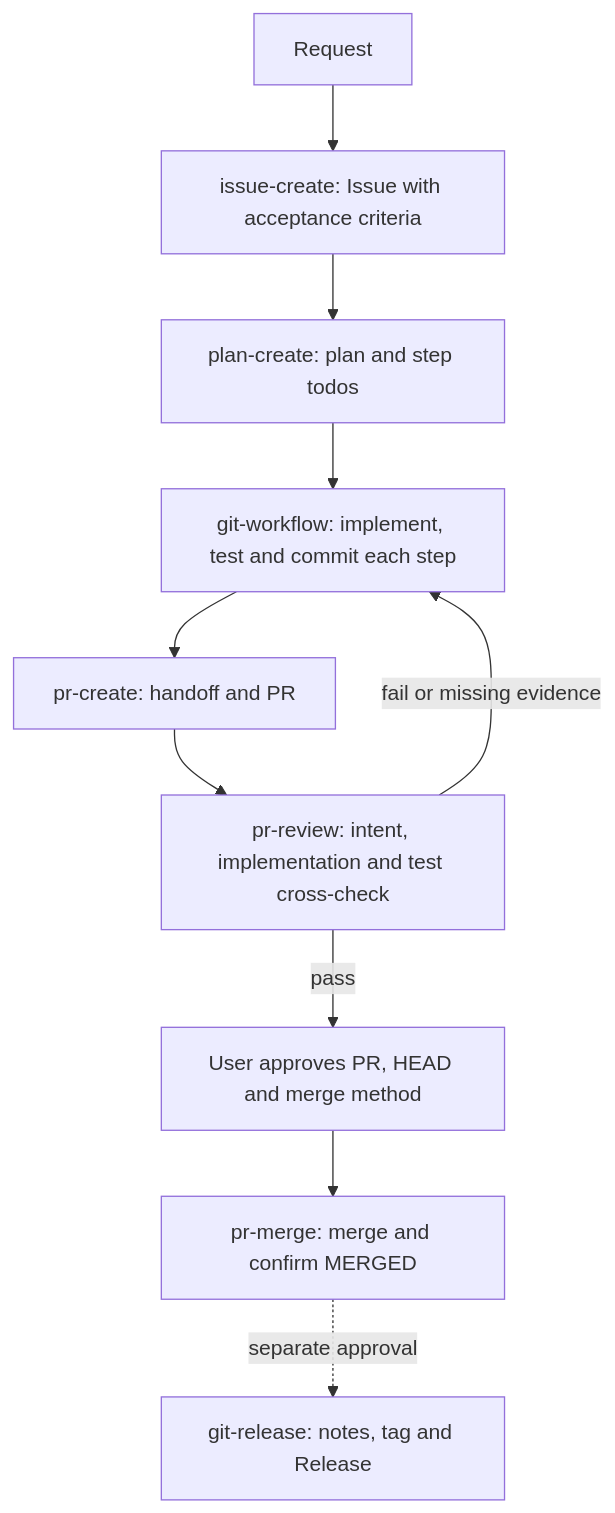
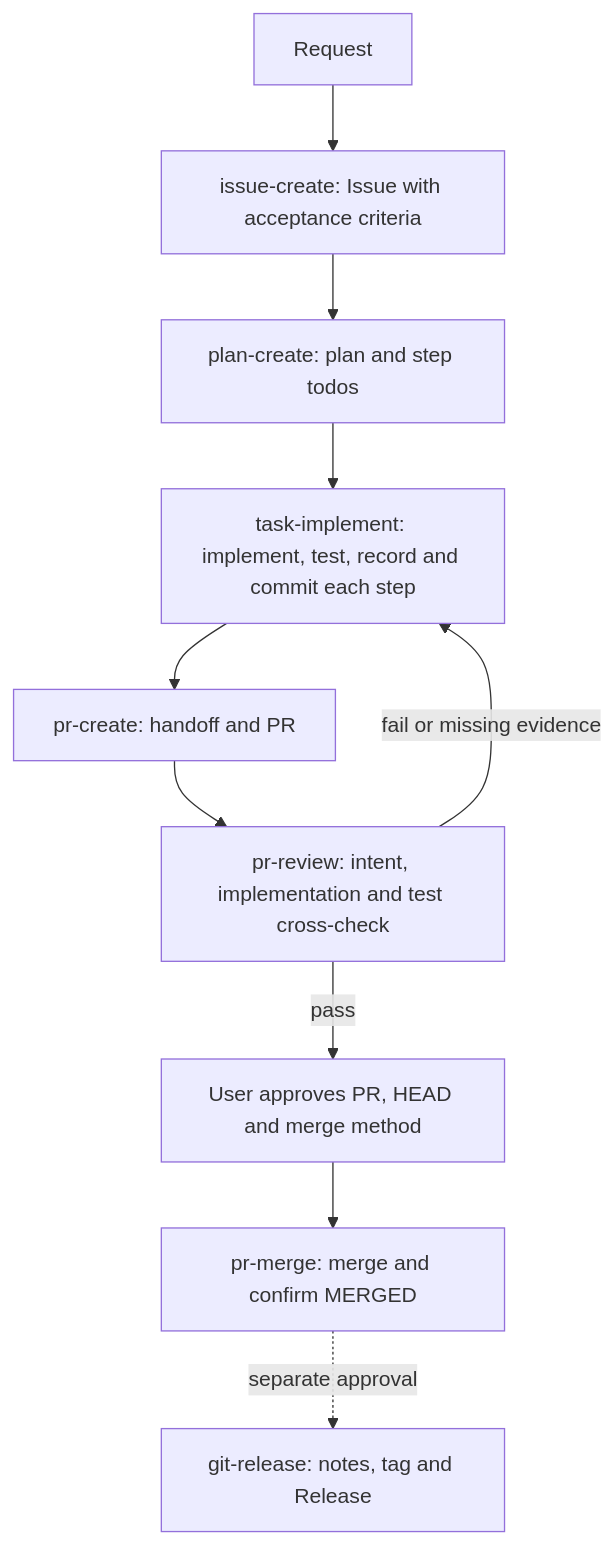
One commit to insung/git-workflow changed the diagram in README.md. Above: the diagram before and after it, drawn with Mermaid. The commit also changed other lines of this file and 1 other file, not shown here.

First line of the commit message:
docs(readme): 스킬 표와 작동 방식 흐름도에 task-implement 추가

````diff
--- a/README.md
+++ b/README.md
@@ -20,12 +20,12 @@
 ```mermaid
 flowchart TD
     A[Request] --> B[issue-create: Issue with acceptance criteria]
     B --> C[plan-create: plan and step todos]
-    C --> D[git-workflow: implement, test and commit each step]
+    C --> D[task-implement: implement, test, record and commit each step]
     D --> E[pr-create: handoff and PR]
     E --> F[pr-review: intent, implementation and test cross-check]
     F -->|fail or missing evidence| D
     F -->|pass| G[User approves PR, HEAD and merge method]
     G --> H[pr-merge: merge and confirm MERGED]
     H -. separate approval .-> I[git-release: notes, tag and Release]
 ```
````
